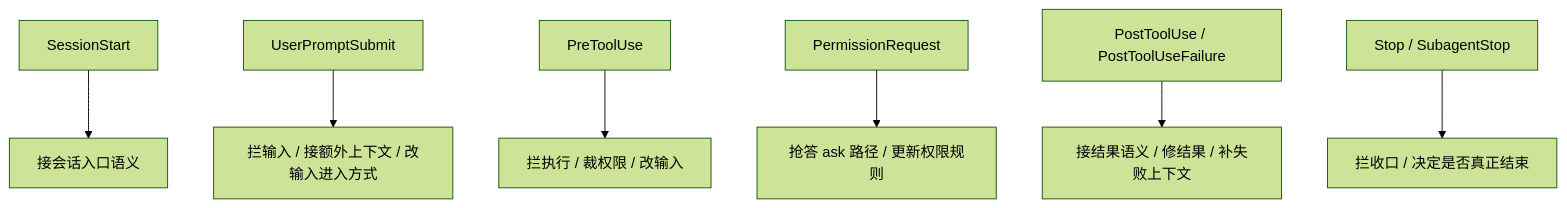
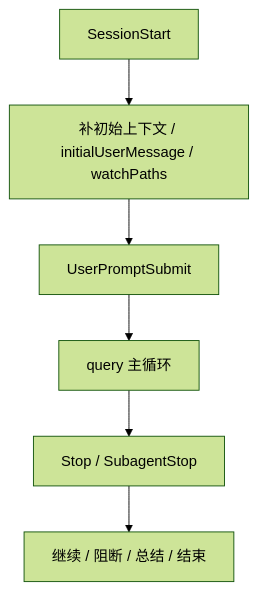
One commit to T0UGH/claude-code-source-guide changed the diagram in docs/guidebookv2/volume-5/21-what-different-hooks-intercept-connect-and-modify-in-claude-code.md. Above: the diagram before and after it, drawn with Mermaid (forest theme). The commit also changed other lines of this file and 3 other files, not shown here.

````diff
--- a/docs/guidebookv2/volume-5/21-what-different-hooks-intercept-connect-and-modify-in-claude-code.md
+++ b/docs/guidebookv2/volume-5/21-what-different-hooks-intercept-connect-and-modify-in-claude-code.md
@@ -45,9 +46,8 @@
 ```mermaid
 flowchart TD
-    A[SessionStart] --> A1[接会话入口语义]
-    B[UserPromptSubmit] --> B1[拦输入 / 接额外上下文 / 改输入进入方式]
-    C[PreToolUse] --> C1[拦执行 / 裁权限 / 改输入]
-    D[PermissionRequest] --> D1[抢答 ask 路径 / 更新权限规则]
-    E[PostToolUse / PostToolUseFailure] --> E1[接结果语义 / 修结果 / 补失败上下文]
-    F[Stop / SubagentStop] --> F1[拦收口 / 决定是否真正结束]
+    A[SessionStart] --> B[补初始上下文 / initialUserMessage / watchPaths]
+    B --> C[UserPromptSubmit]
+    C --> D[query 主循环]
+    D --> E[Stop / SubagentStop]
+    E --> F[继续 / 阻断 / 总结 / 结束]
 ```
````
